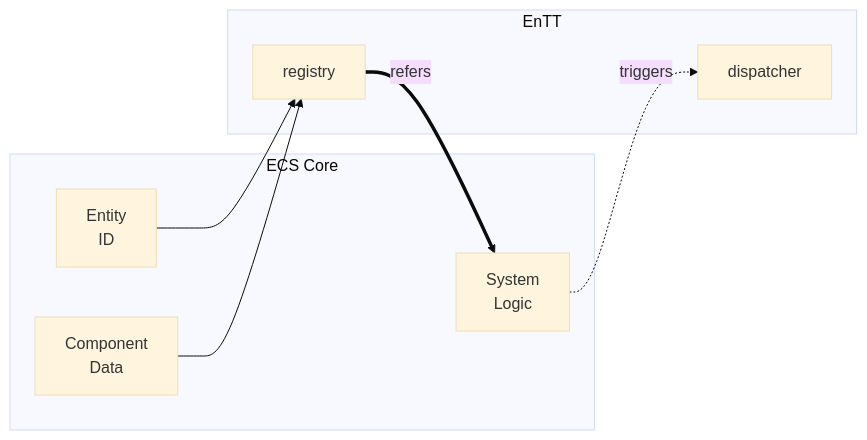
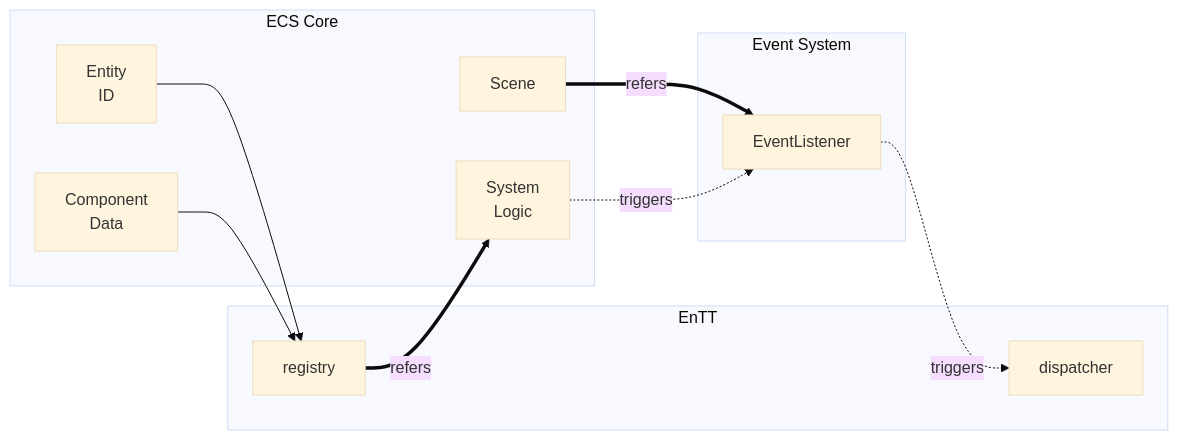
One commit to Siegward-of-Catarina/ShootingGame changed the fourth of 5 diagrams in docs/architecture.md. Above: the diagram before and after it, drawn with Mermaid (base theme).

Commit message:
Add EventListener to ECS architecture diagram showing Scene→EventListener→dispatcher flow

````diff
--- a/docs/architecture.md
+++ b/docs/architecture.md
@@ -138,18 +138,25 @@
 ```mermaid
 graph LR
     subgraph "ECS Core"
         E[Entity<br/>ID]
         C[Component<br/>Data]
         S[System<br/>Logic]
+        Scene[Scene]
     end
     
     subgraph "EnTT"
         R[registry]
         D[dispatcher]
     end
     
+    subgraph "Event System"
+        EL[EventListener]
+    end
+    
     E --> R
     C --> R
     R ==refers==> S
-    S -.triggers.-> D
+    Scene ==refers==> EL
+    S -.triggers.-> EL
+    EL -.triggers.-> D
 ```
````
